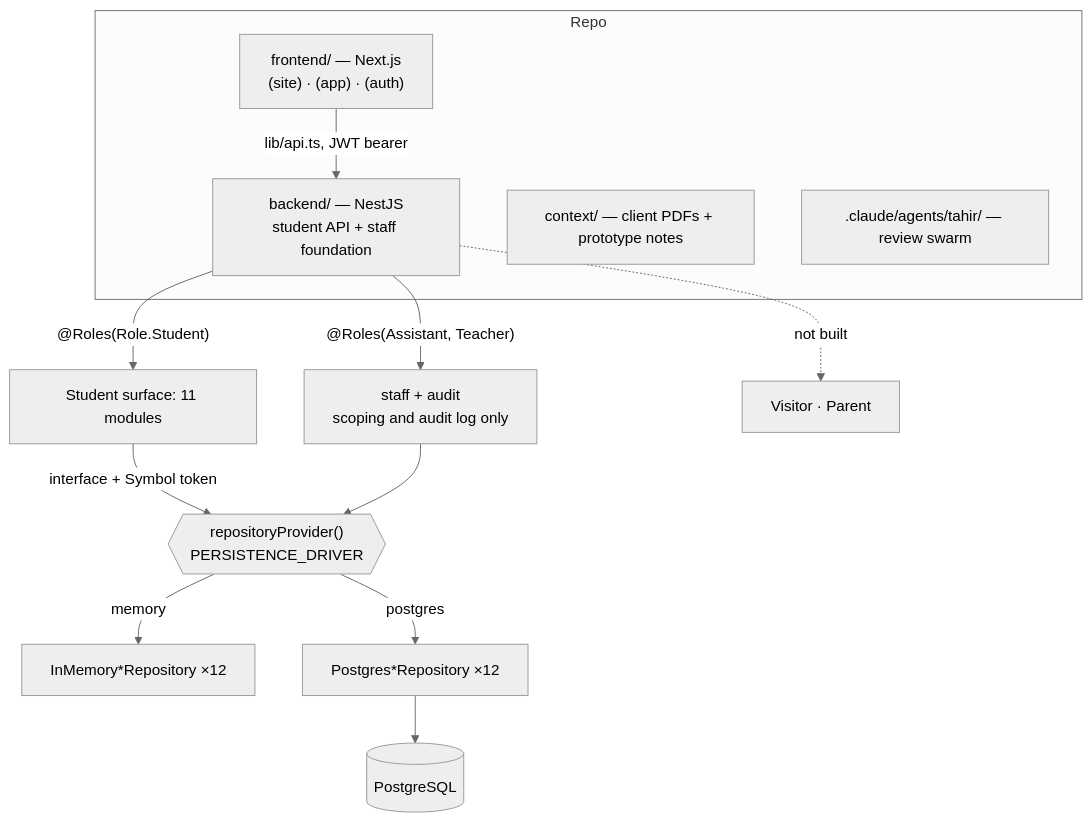
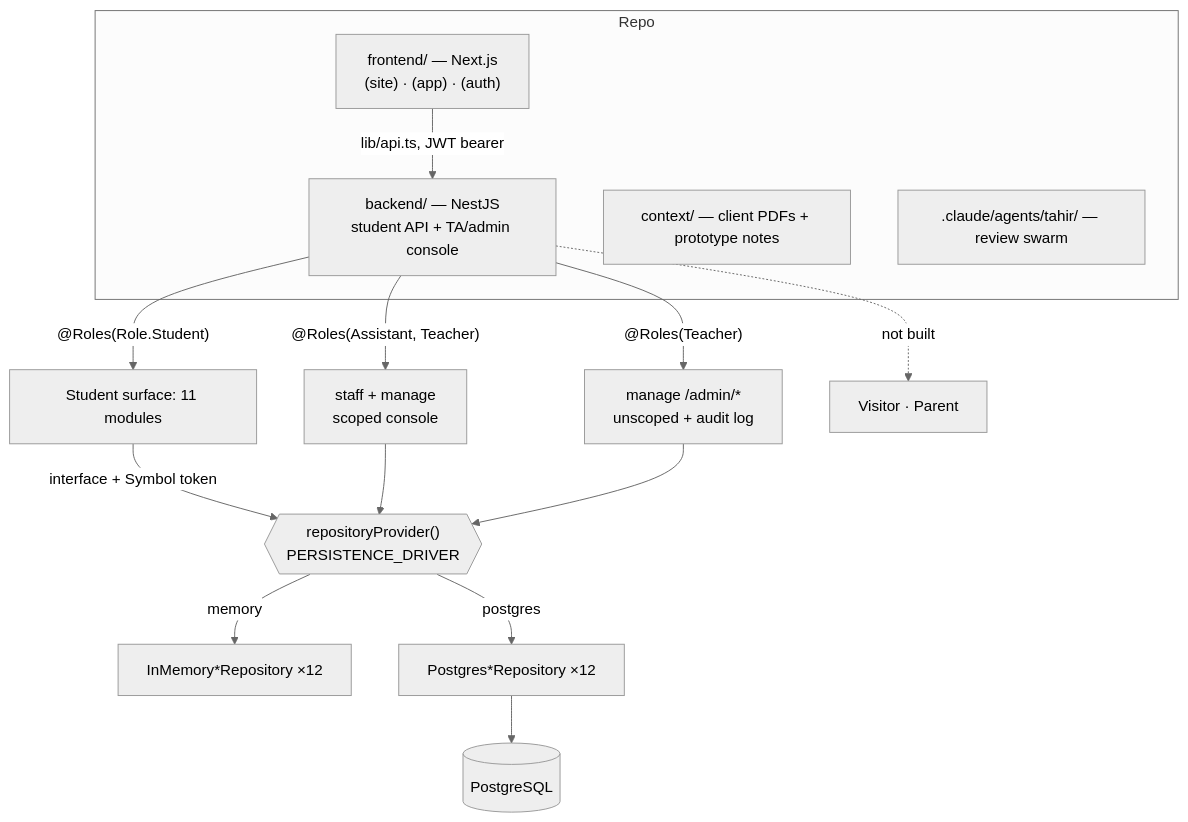
One commit to MohamedElghali1/TahirElshazli changed the first of 14 diagrams in project_log.md. Above: the diagram before and after it, drawn with Mermaid (neutral theme). The commit also changed other lines of this file and 108 other files, not shown here.

First line of the commit message:
feat(manage): TA/admin console, announcements, public catalog — audited and verified

````diff
--- a/project_log.md
+++ b/project_log.md
@@ -44,18 +58,20 @@
 ```mermaid
 graph TD
     subgraph Repo
       FE["frontend/ — Next.js<br/>(site) · (app) · (auth)"]
-      BE["backend/ — NestJS<br/>student API + staff foundation"]
+      BE["backend/ — NestJS<br/>student API + TA/admin console"]
       CTX["context/ — client PDFs + prototype notes"]
       SWARM[".claude/agents/tahir/ — review swarm"]
     end
     FE -->|"lib/api.ts, JWT bearer"| BE
     BE -->|"@Roles(Role.Student)"| STU["Student surface: 11 modules"]
-    BE -->|"@Roles(Assistant, Teacher)"| TA["staff + audit<br/>scoping and audit log only"]
+    BE -->|"@Roles(Assistant, Teacher)"| TA["staff + manage<br/>scoped console"]
+    BE -->|"@Roles(Teacher)"| ADM["manage /admin/*<br/>unscoped + audit log"]
     BE -.->|not built| OTHERS["Visitor · Parent"]
     STU -->|"interface + Symbol token"| SEL{{"repositoryProvider()<br/>PERSISTENCE_DRIVER"}}
     TA --> SEL
+    ADM --> SEL
     SEL -->|memory| MEM["InMemory*Repository ×12"]
     SEL -->|postgres| PG["Postgres*Repository ×12"]
     PG --> DB[("PostgreSQL")]
 ```
````
